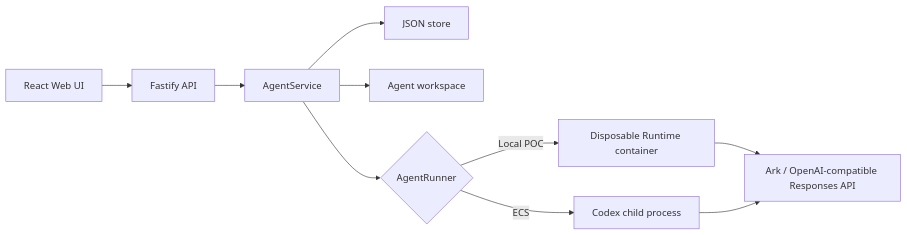
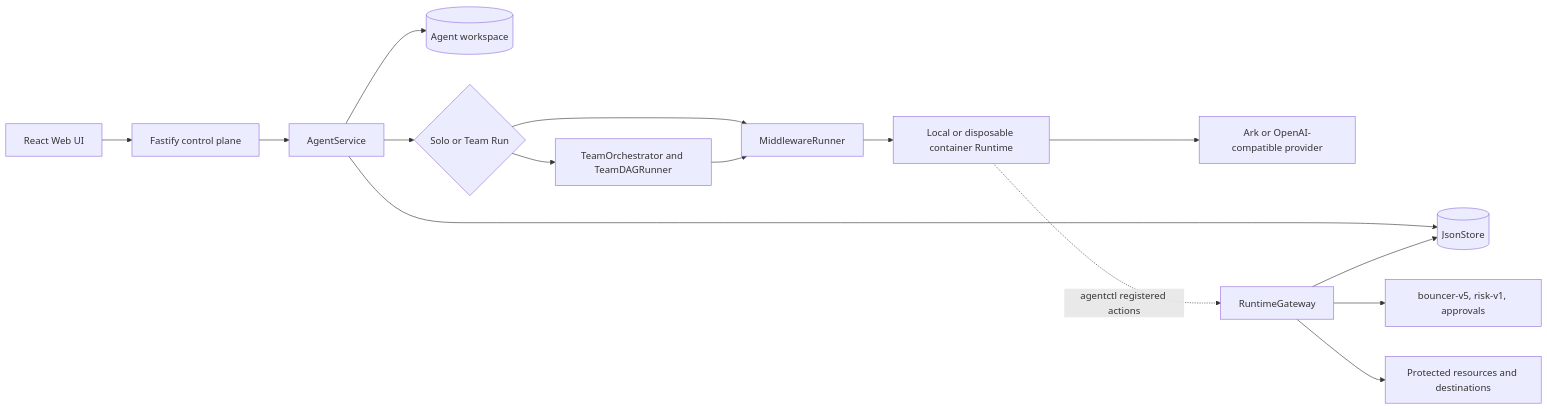
The diagram in docs/ARCHITECTURE.md (CloudKai/NawGate), drawn with Mermaid before and after one commit. The commit also changed other lines of this file and 12 other files, not shown here.

Commit message:
docs: refresh NawGate architecture diagrams

````diff
--- a/docs/ARCHITECTURE.md
+++ b/docs/ARCHITECTURE.md
@@ -5,12 +8,17 @@
 ```mermaid
 flowchart LR
-    UI["React Web UI"] --> API["Fastify API"]
-    API --> Service["AgentService"]
-    Service --> Store["JSON store"]
-    Service --> Workspace["Agent workspace"]
-    Service --> Runner{"AgentRunner"}
-    Runner -->|Local POC| Container["Disposable Runtime container"]
-    Runner -->|ECS| Process["Codex child process"]
-    Container --> Provider["Ark / OpenAI-compatible Responses API"]
-    Process --> Provider
+  UI[React Web UI] --> API[Fastify control plane]
+  API --> Service[AgentService]
+  Service --> Store[(JsonStore)]
+  Service --> Workspace[(Agent workspace)]
+  Service --> Route{Solo or Team Run}
+  Route --> Solo[MiddlewareRunner]
+  Route --> Team[TeamOrchestrator and TeamDAGRunner]
+  Team --> Solo
+  Solo --> Runtime[Local or disposable container Runtime]
+  Runtime --> Provider[Ark or OpenAI-compatible provider]
+  Runtime -. agentctl registered actions .-> Gateway[RuntimeGateway]
+  Gateway --> Policy[bouncer-v5, risk-v1, approvals]
+  Gateway --> Protected[Protected resources and destinations]
+  Gateway --> Store
 ```
````
